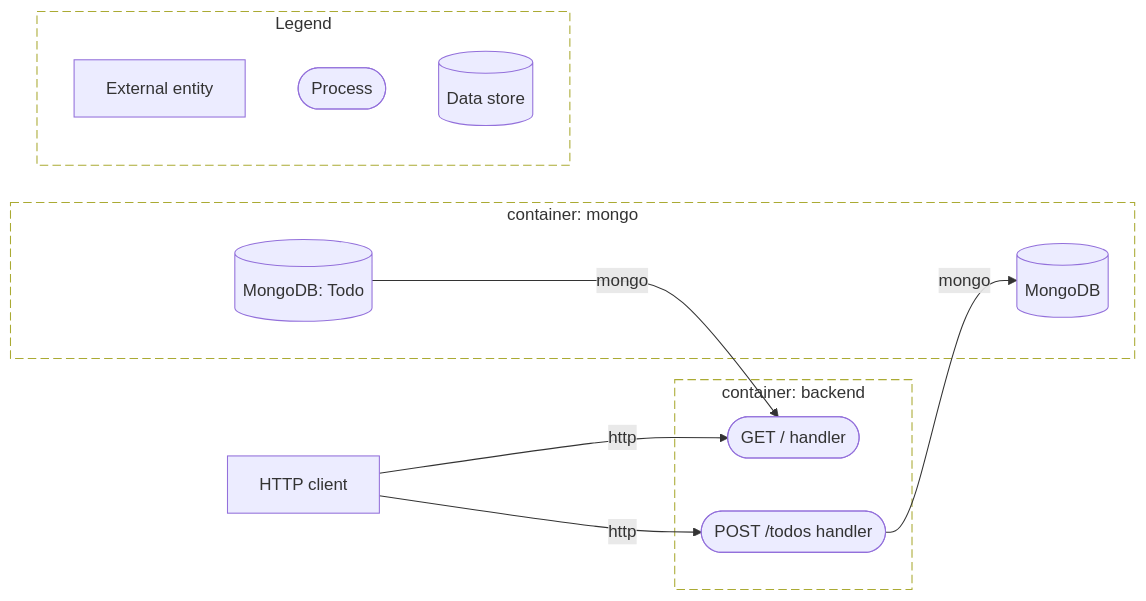
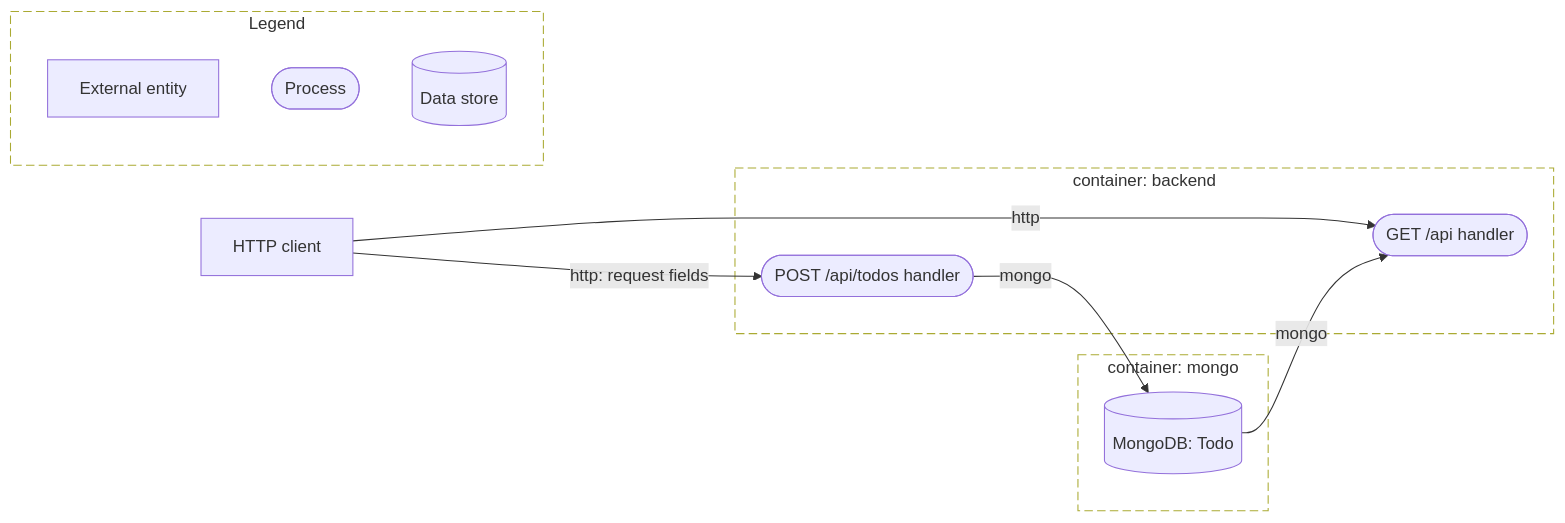
One commit to AskShri/code2designmapping changed the diagram in evaluation/compose-react-express-mongodb/diagrams/dfd-l2-yss4bddki6.mmd. Above: the diagram before and after it, drawn with Mermaid. The commit also changed 164 other files, not shown here.

```diff
--- a/evaluation/compose-react-express-mongodb/diagrams/dfd-l2-yss4bddki6.mmd
+++ b/evaluation/compose-react-express-mongodb/diagrams/dfd-l2-yss4bddki6.mmd
@@ -1,23 +1,22 @@
 %% L2: backend
 flowchart LR
   subgraph bnd_j3ktzp2k6o["container: backend"]
-    proc_iyy6jw4wzp(["GET / handler"])
-    proc_wzn72hxkea(["POST /todos handler"])
+    proc_3xzxhueelp(["POST /api/todos handler"])
+    proc_oc7mi556ml(["GET /api handler"])
   end
   subgraph bnd_x2cs4alpd7["container: mongo"]
-    store_3ufptbo5k3[("MongoDB")]
     store_lsfwjprw56[("MongoDB: Todo")]
   end
   ext_sga4qktkap["HTTP client"]
-  ext_sga4qktkap -->|"http"| proc_iyy6jw4wzp
-  ext_sga4qktkap -->|"http"| proc_wzn72hxkea
-  proc_wzn72hxkea -->|"mongo"| store_3ufptbo5k3
-  store_lsfwjprw56 -->|"mongo"| proc_iyy6jw4wzp
+  ext_sga4qktkap -->|"http: request fields"| proc_3xzxhueelp
+  ext_sga4qktkap -->|"http"| proc_oc7mi556ml
+  proc_3xzxhueelp -->|"mongo"| store_lsfwjprw56
+  store_lsfwjprw56 -->|"mongo"| proc_oc7mi556ml
   style bnd_j3ktzp2k6o stroke-dasharray: 8 4,fill:none
   style bnd_x2cs4alpd7 stroke-dasharray: 8 4,fill:none
   subgraph legend["Legend"]
     lg_e["External entity"]
     lg_p(["Process"])
     lg_s[("Data store")]
   end
   style legend stroke-dasharray: 8 4,fill:none
```
